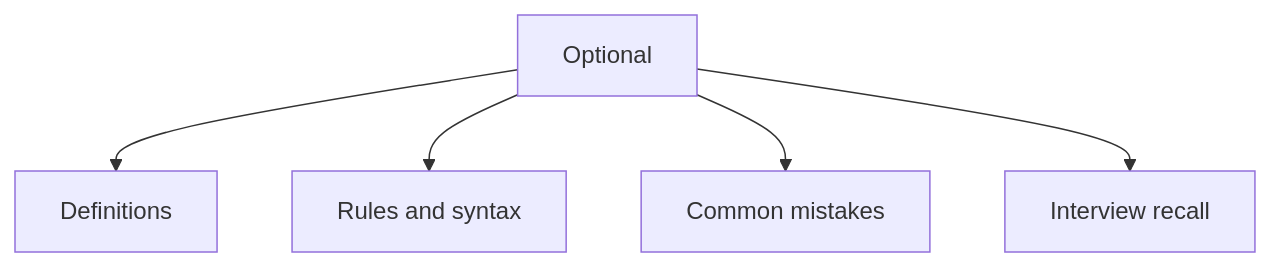
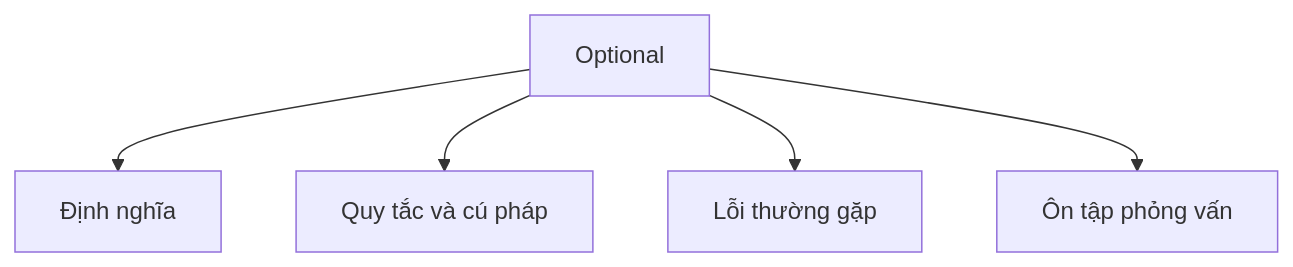
The diagram in 24-optional/README.md (PhuThien2005/theoretical-of-java-core), drawn with Mermaid before and after one commit. The commit also changed other lines of this file and 229 other files, not shown here.

````diff
--- a/24-optional/README.md
+++ b/24-optional/README.md
@@ -49,7 +49,7 @@
 ```mermaid
 flowchart TD
-    A[Optional] --> B[Definitions]
-    A --> C[Rules and syntax]
-    A --> D[Common mistakes]
-    A --> E[Interview recall]
+    A[Optional] --> B[Định nghĩa]
+    A --> C[Quy tắc và cú pháp]
+    A --> D[Lỗi thường gặp]
+    A --> E[Ôn tập phỏng vấn]
 ```
````
